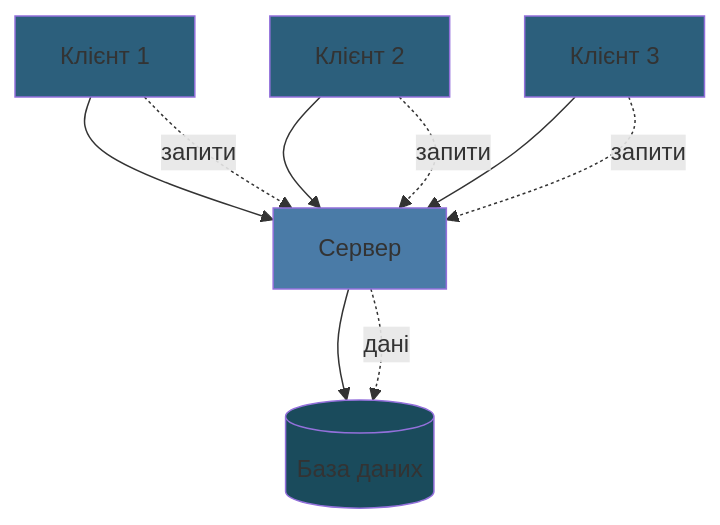
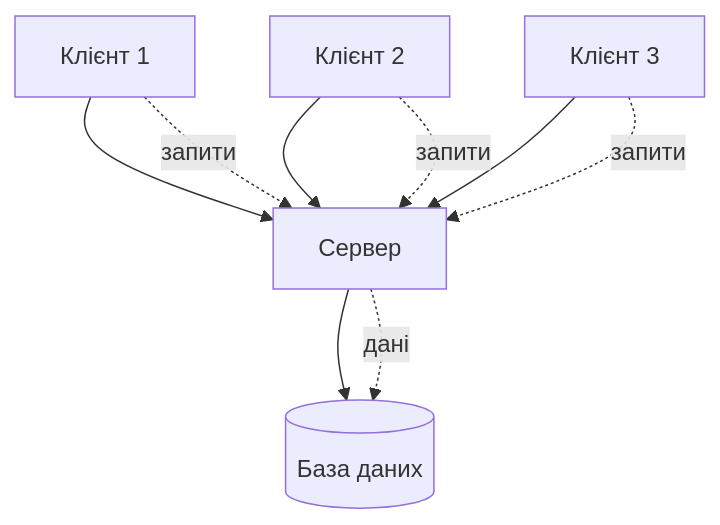
Before and after one commit to olroi421/cvk-kpi: the fifth of 15 diagrams in docs/pages/pres.md, drawn with Mermaid. The commit also changed other lines of this file, not shown here.

````diff
--- a/docs/pages/pres.md
+++ b/docs/pages/pres.md
@@ -235,18 +212,13 @@
 ```mermaid
 graph TD
     A[Клієнт 1] --> D[Сервер]
     B[Клієнт 2] --> D
     C[Клієнт 3] --> D
     D --> E[(База даних)]
 
     A -.->|запити| D
     B -.->|запити| D
     C -.->|запити| D
     D -.->|дані| E
 
-    style A fill:#2C5F7C
-    style B fill:#2C5F7C
-    style C fill:#2C5F7C
-    style D fill:#4A7BA7
-    style E fill:#1A4B5C
 ```
````
